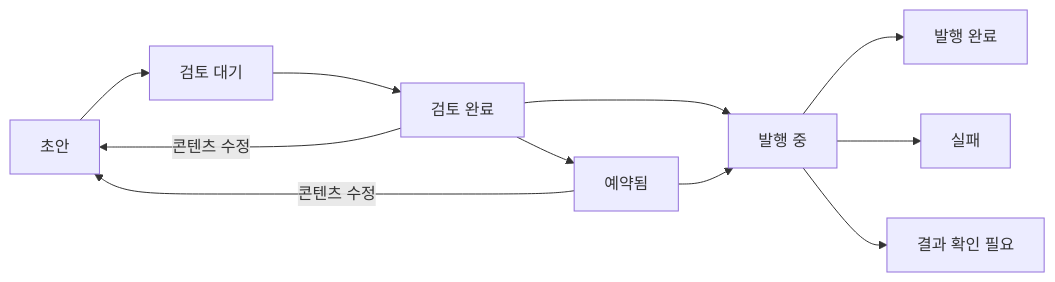
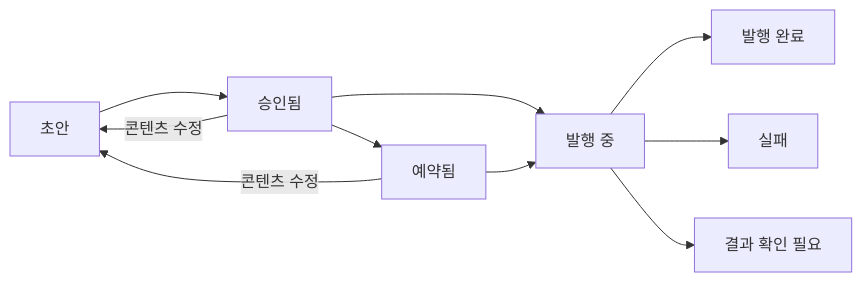
The diagram in docs/marketing/02-user-flows.md (ooeunoo/nullge), drawn with Mermaid before and after one commit. The commit also changed 17 other files, not shown here.

````diff
--- a/docs/marketing/02-user-flows.md
+++ b/docs/marketing/02-user-flows.md
@@ -61,13 +61,12 @@
 ```mermaid
 flowchart LR
-  D[초안] --> R[검토 대기]
-  R --> A[검토 완료]
+  D[초안] --> A[승인됨]
   A --> S[예약됨]
   A --> P[발행 중]
   S --> P
   P --> F[발행 완료]
   P --> E[실패]
   P --> U[결과 확인 필요]
   A -->|콘텐츠 수정| D
   S -->|콘텐츠 수정| D
 ```
````
